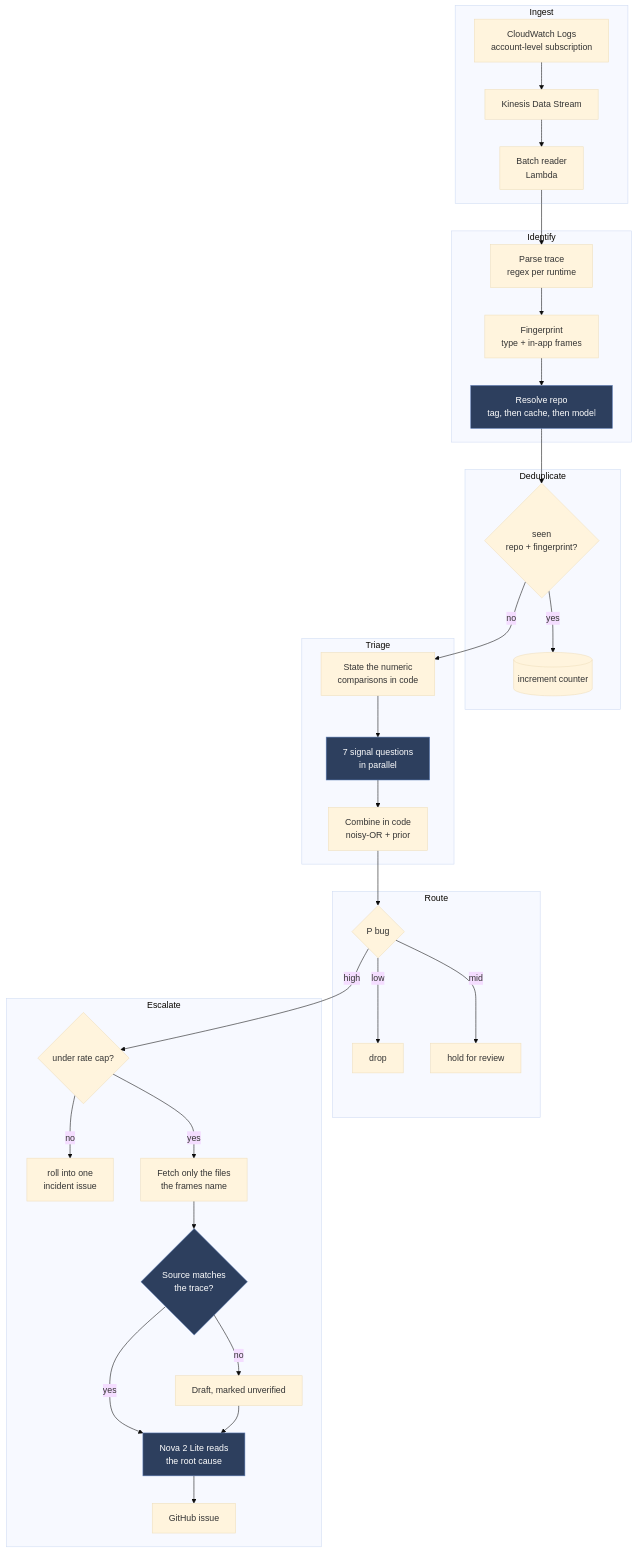
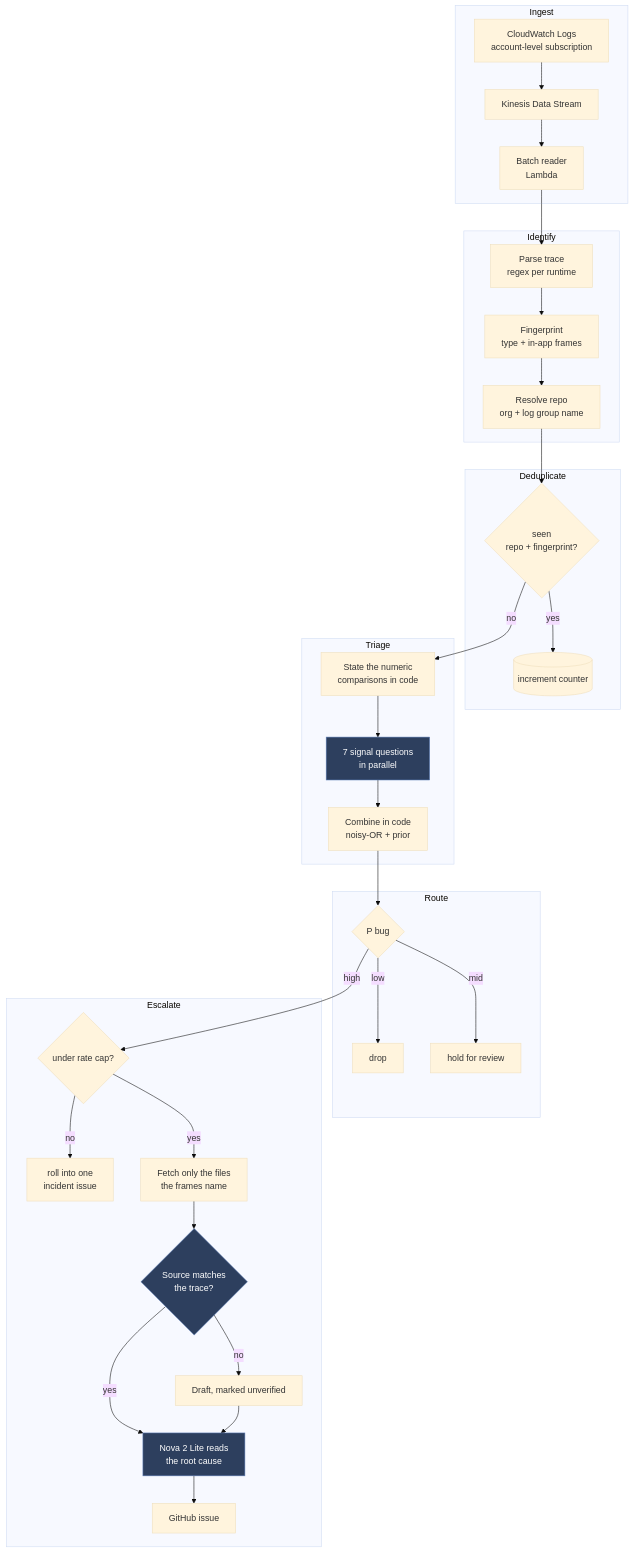
The diagram in docs/ARCHITECTURE.md (ganhammar/observe-ai), drawn with Mermaid (base theme) before and after one commit. The commit also changed other lines of this file and 5 other files, not shown here.

First line of the commit message:
docs: match the architecture and READMEs to the code

````diff
--- a/docs/ARCHITECTURE.md
+++ b/docs/ARCHITECTURE.md
@@ -7,44 +7,44 @@
 ```mermaid
 flowchart TB
     subgraph ingest[Ingest]
         CW[CloudWatch Logs<br/>account-level subscription] --> KDS[Kinesis Data Stream]
         KDS --> BATCH[Batch reader<br/>Lambda]
     end
 
     subgraph identify[Identify]
         BATCH --> PARSE[Parse trace<br/>regex per runtime]
         PARSE --> FP[Fingerprint<br/>type + in-app frames]
-        FP --> REPO[Resolve repo<br/>tag, then cache, then model]
+        FP --> REPO[Resolve repo<br/>org + log group name]
     end
 
     subgraph dedupe[Deduplicate]
         REPO --> SEEN{seen<br/>repo + fingerprint?}
         SEEN -->|yes| COUNT[(increment counter)]
     end
 
     subgraph triage[Triage]
         SEEN -->|no| DERIVE[State the numeric<br/>comparisons in code]
         DERIVE --> TREE[7 signal questions<br/>in parallel]
         TREE --> COMB[Combine in code<br/>noisy-OR + prior]
     end
 
     subgraph route[Route]
         COMB --> GATE{P bug}
         GATE -->|low| DROP[drop]
         GATE -->|mid| HOLD[hold for review]
     end
 
     subgraph escalate[Escalate]
         GATE -->|high| CAP{under rate cap?}
         CAP -->|no| ROLLUP[roll into one<br/>incident issue]
         CAP -->|yes| FETCH[Fetch only the files<br/>the frames name]
         FETCH --> VERIFY{Source matches<br/>the trace?}
         VERIFY -->|no| FLAG[Draft, marked unverified]
         VERIFY -->|yes| DRAFT[Nova 2 Lite reads<br/>the root cause]
         FLAG --> DRAFT
         DRAFT --> ISSUE[GitHub issue]
     end
 
     classDef model fill:#2d3f5e,stroke:#5b7bb5,color:#fff
-    class REPO,TREE,VERIFY,DRAFT model
+    class TREE,VERIFY,DRAFT model
 ```
````
